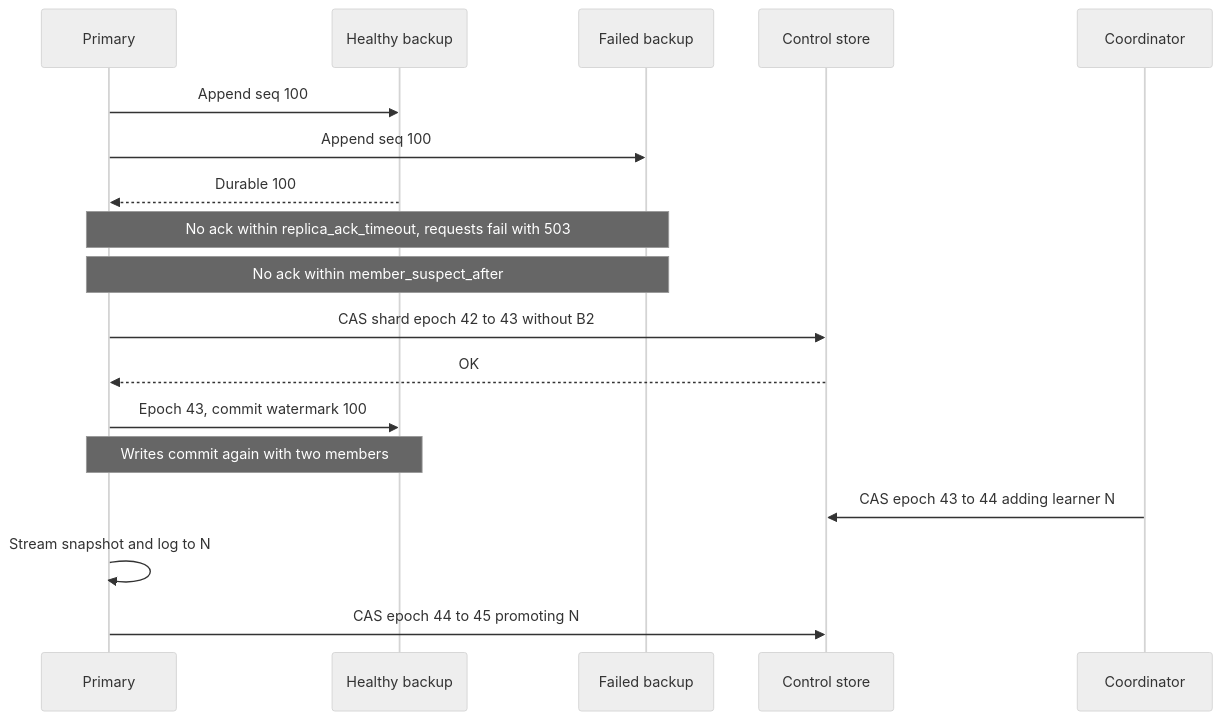
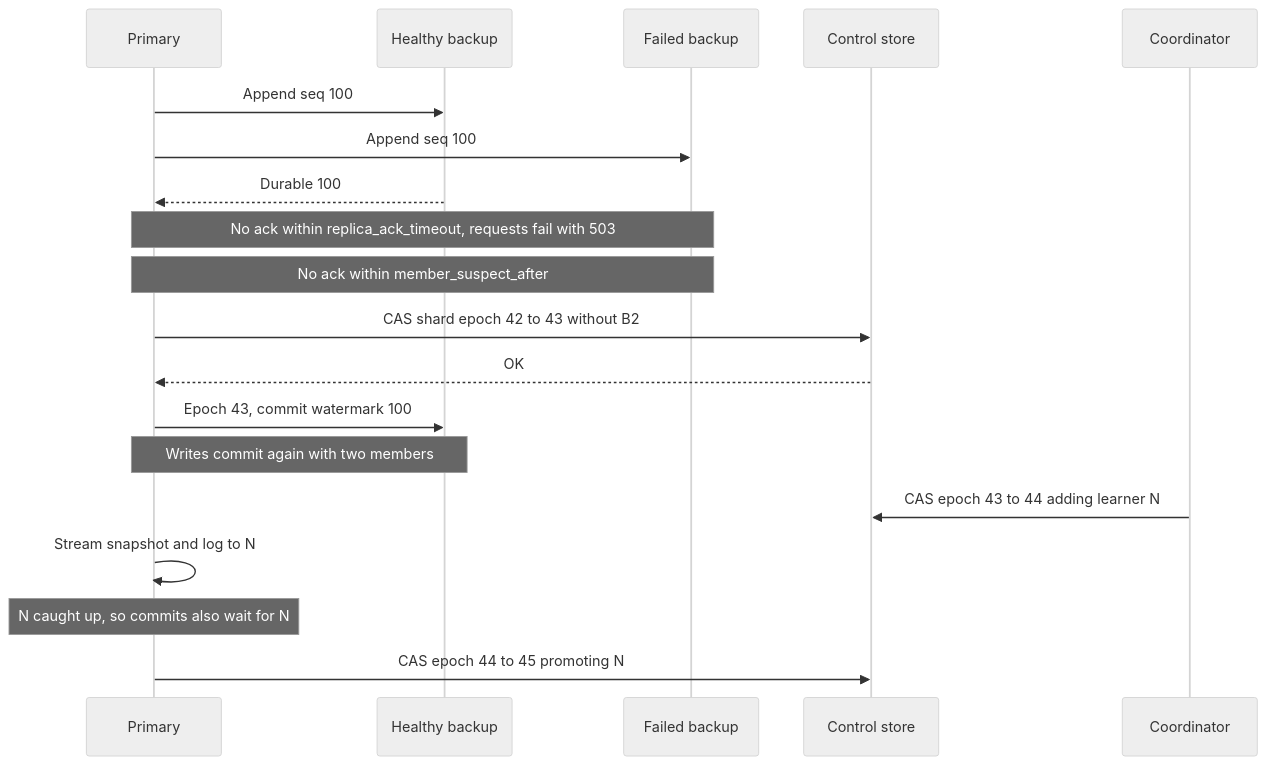
The fourth of 6 diagrams in docs/skys3-design.md (skys3/skys3), drawn with Mermaid (neutral theme) before and after one commit. The commit also changed other lines of this file, not shown here.

````diff
--- a/docs/skys3-design.md
+++ b/docs/skys3-design.md
@@ -276,20 +317,21 @@
 ```mermaid
 sequenceDiagram
     participant P as Primary
     participant B1 as Healthy backup
     participant B2 as Failed backup
     participant CS as Control store
     participant K as Coordinator
     P->>B1: Append seq 100
     P->>B2: Append seq 100
     B1-->>P: Durable 100
     Note over P,B2: No ack within replica_ack_timeout, requests fail with 503
     Note over P,B2: No ack within member_suspect_after
     P->>CS: CAS shard epoch 42 to 43 without B2
     CS-->>P: OK
     P->>B1: Epoch 43, commit watermark 100
     Note over P,B1: Writes commit again with two members
     K->>CS: CAS epoch 43 to 44 adding learner N
     P->>P: Stream snapshot and log to N
+    Note over P: N caught up, so commits also wait for N
     P->>CS: CAS epoch 44 to 45 promoting N
 ```
````
